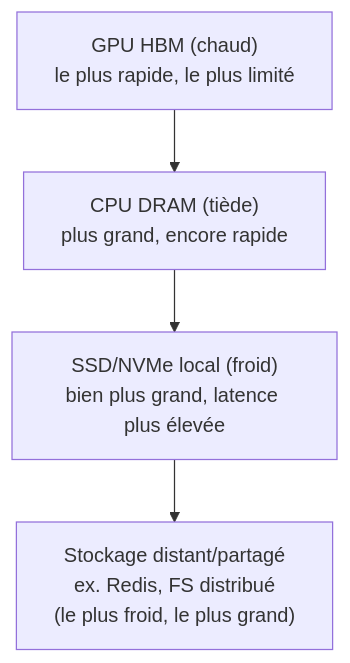
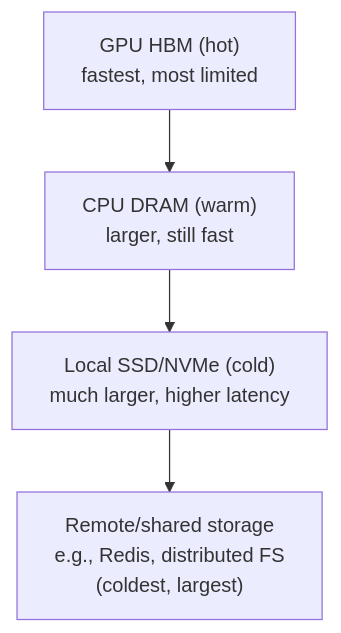
Before and after one commit to ADORSYS-GIS/Custom-Ai-Ops: the eighth of 26 diagrams in docs/explain/llm-d.md, drawn with Mermaid. The commit also changed other lines of this file, not shown here.

````diff
--- a/docs/explain/llm-d.md
+++ b/docs/explain/llm-d.md
@@ -327,6 +327,6 @@
 ```mermaid
 flowchart TB
-    HBM["GPU HBM (chaud)<br/>le plus rapide, le plus limité"] --> DRAM["CPU DRAM (tiède)<br/>plus grand, encore rapide"]
-    DRAM --> SSD["SSD/NVMe local (froid)<br/>bien plus grand, latence plus élevée"]
-    SSD --> REMOTE["Stockage distant/partagé<br/>ex. Redis, FS distribué<br/>(le plus froid, le plus grand)"]
+    HBM["GPU HBM (hot)<br/>fastest, most limited"] --> DRAM["CPU DRAM (warm)<br/>larger, still fast"]
+    DRAM --> SSD["Local SSD/NVMe (cold)<br/>much larger, higher latency"]
+    SSD --> REMOTE["Remote/shared storage<br/>e.g., Redis, distributed FS<br/>(coldest, largest)"]
 ```
````
